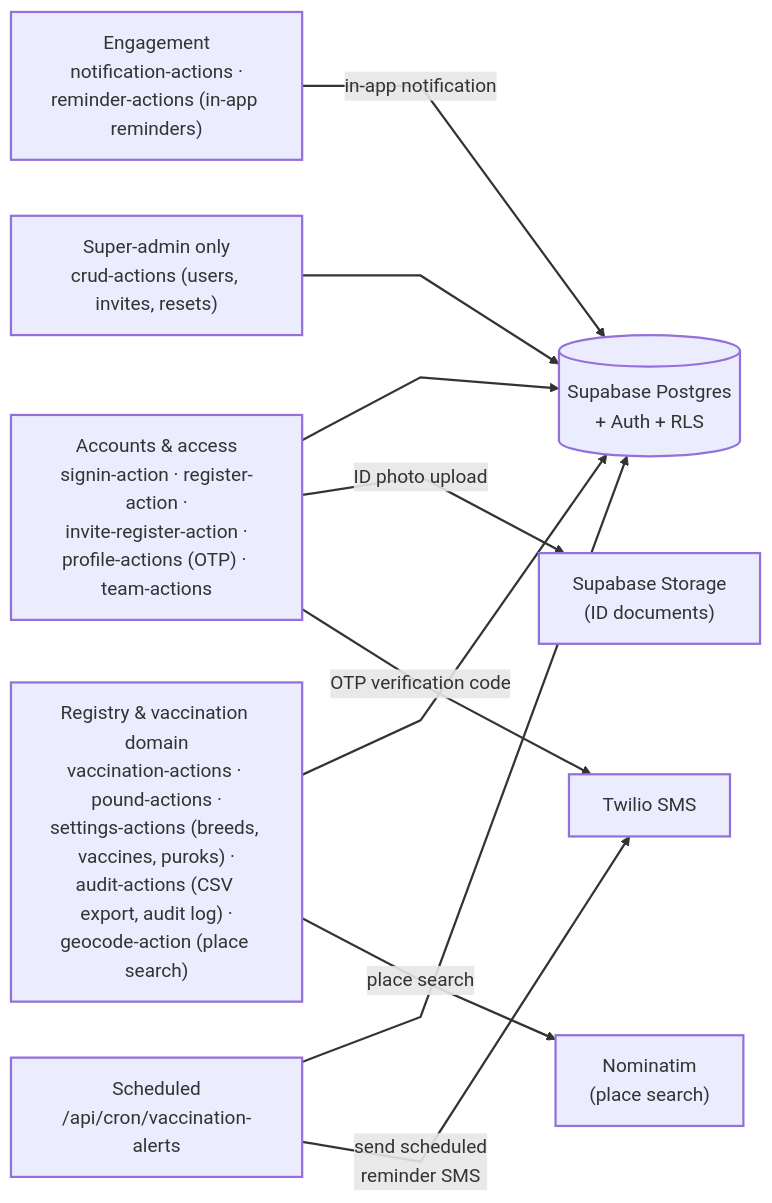
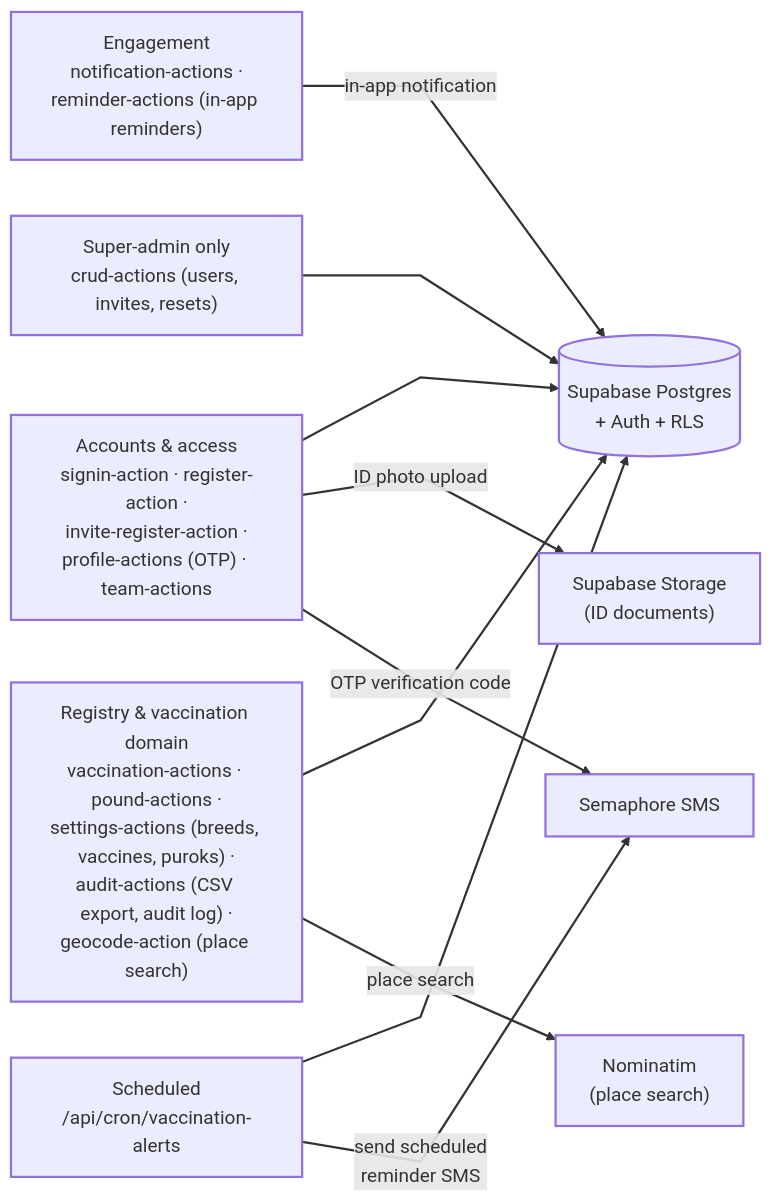
The fourth of 8 diagrams in DIAGRAMS.md (kiniakoangaccount/vaccitrack-capstone), drawn with Mermaid before and after one commit. The commit also changed other lines of this file and 14 other files, not shown here.

````diff
--- a/DIAGRAMS.md
+++ b/DIAGRAMS.md
@@ -92,27 +92,27 @@
 ```mermaid
 %%{init: {'flowchart': {'curve': 'linear'}, 'themeVariables': {'fontSize': '17px'}}}%%
 flowchart LR
   classDef default stroke-width:2px;
 
   ACCT["Accounts & access<br/>signin-action · register-action ·<br/>invite-register-action ·<br/>profile-actions (OTP) · team-actions"]
   DOMAIN["Registry & vaccination domain<br/>vaccination-actions · pound-actions ·<br/>settings-actions (breeds, vaccines, puroks) ·<br/>audit-actions (CSV export, audit log) ·<br/>geocode-action (place search)"]
   ENGAGE["Engagement<br/>notification-actions ·<br/>reminder-actions (in-app reminders)"]
   ADMIN["Super-admin only<br/>crud-actions (users, invites, resets)"]
   CRONJOB["Scheduled<br/>/api/cron/vaccination-alerts"]
 
   DB[("Supabase Postgres<br/>+ Auth + RLS")]
   STORE["Supabase Storage<br/>(ID documents)"]
-  SMS["Twilio SMS"]
+  SMS["Semaphore SMS"]
   GEO["Nominatim<br/>(place search)"]
 
   ACCT --> DB
   ACCT -- "ID photo upload" --> STORE
   ACCT -- "OTP verification code" --> SMS
   DOMAIN --> DB
   DOMAIN -- "place search" --> GEO
   ENGAGE -- "in-app notification" --> DB
   ADMIN --> DB
   CRONJOB --> DB
   CRONJOB -- "send scheduled<br/>reminder SMS" --> SMS
   linkStyle default stroke-width:2px;
 ```
````
